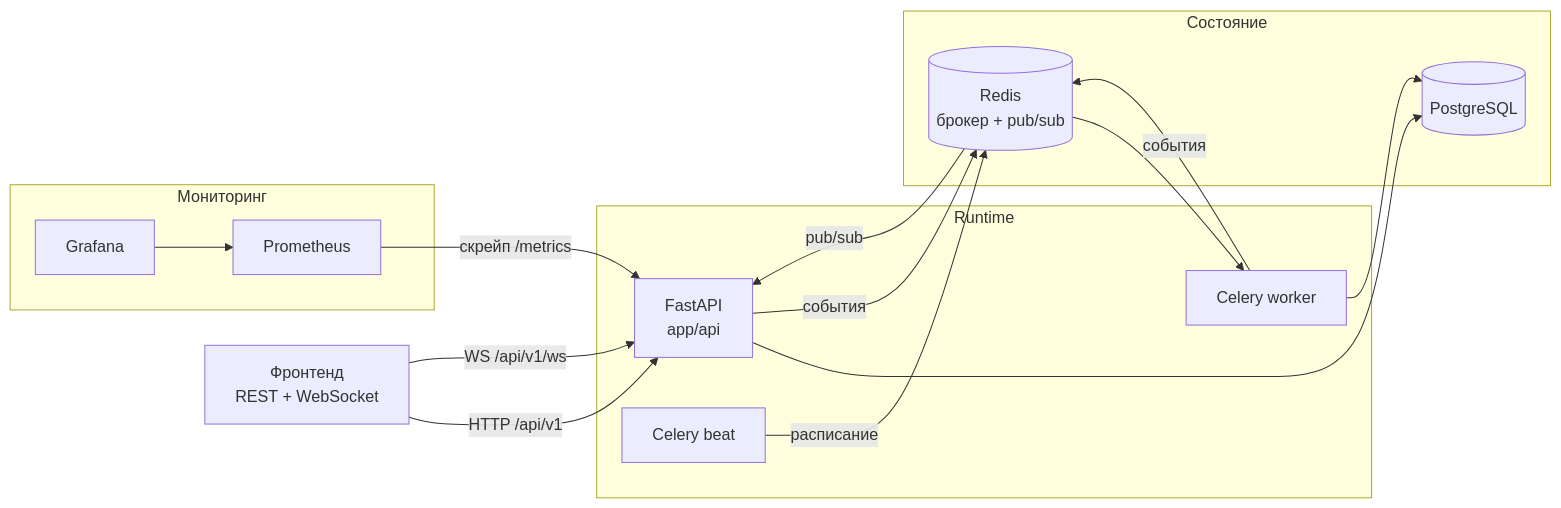
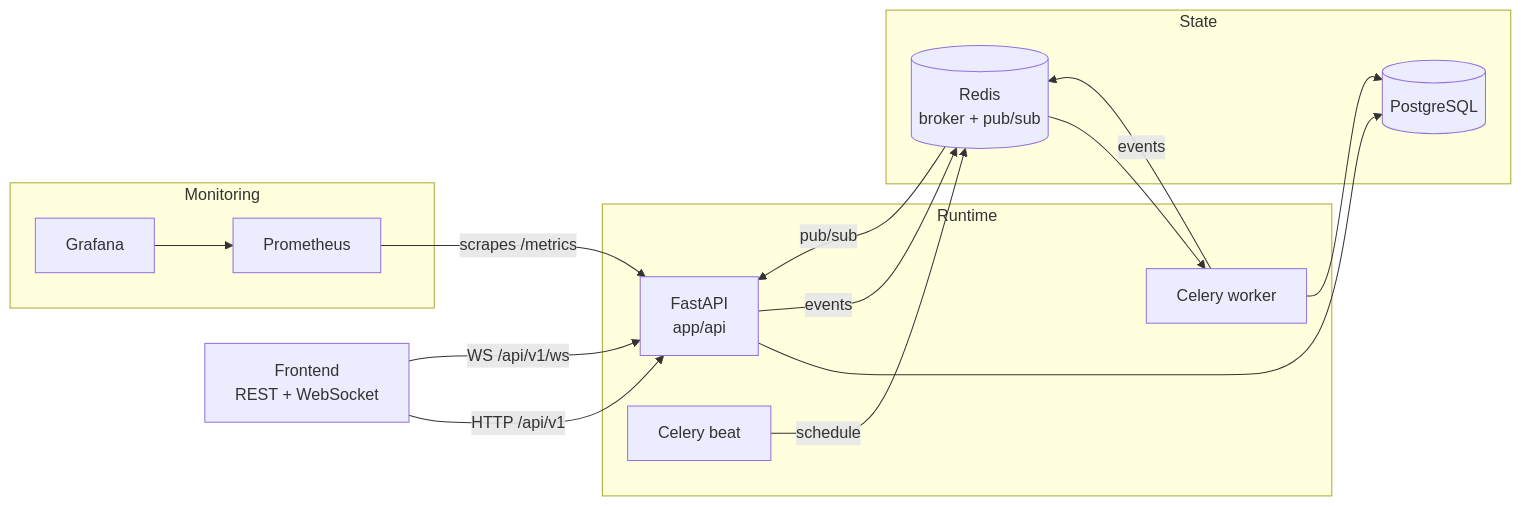
The diagram in docs/ARCHITECTURE.md (i-safonoff/dothours), drawn with Mermaid before and after one commit. The commit also changed other lines of this file and 21 other files, not shown here.

````diff
--- a/docs/ARCHITECTURE.md
+++ b/docs/ARCHITECTURE.md
@@ -5,32 +7,32 @@
 ```mermaid
 flowchart LR
-    client["Фронтенд<br/>REST + WebSocket"]
+    client["Frontend<br/>REST + WebSocket"]
 
     subgraph runtime["Runtime"]
         api["FastAPI<br/>app/api"]
         worker["Celery worker"]
         beat["Celery beat"]
     end
 
-    subgraph state["Состояние"]
+    subgraph state["State"]
         pg[("PostgreSQL")]
-        redis[("Redis<br/>брокер + pub/sub")]
+        redis[("Redis<br/>broker + pub/sub")]
     end
 
-    subgraph obs["Мониторинг"]
+    subgraph obs["Monitoring"]
         prom["Prometheus"]
         graf["Grafana"]
     end
 
     client -->|"HTTP /api/v1"| api
     client -->|"WS /api/v1/ws"| api
     api --> pg
-    api -->|"события"| redis
-    beat -->|"расписание"| redis
+    api -->|"events"| redis
+    beat -->|"schedule"| redis
     redis --> worker
     worker --> pg
-    worker -->|"события"| redis
+    worker -->|"events"| redis
     redis -->|"pub/sub"| api
-    prom -->|"скрейп /metrics"| api
+    prom -->|"scrapes /metrics"| api
     graf --> prom
 ```
````
